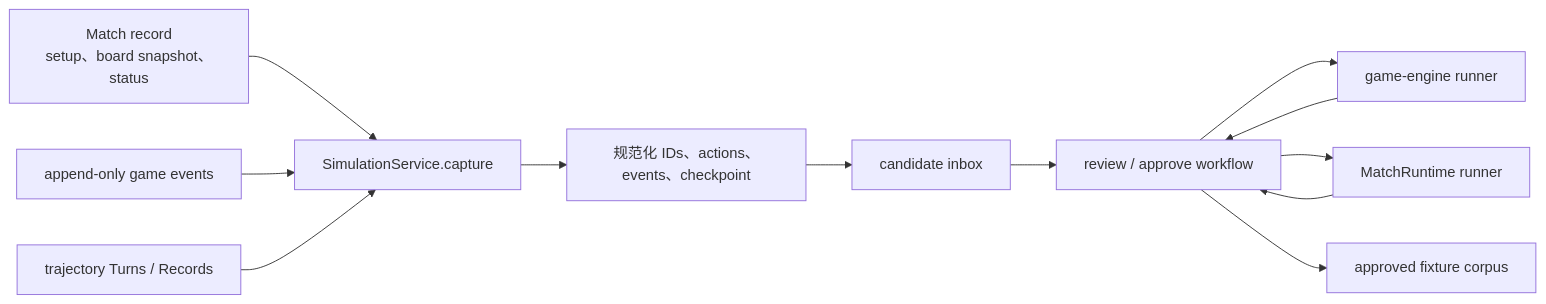
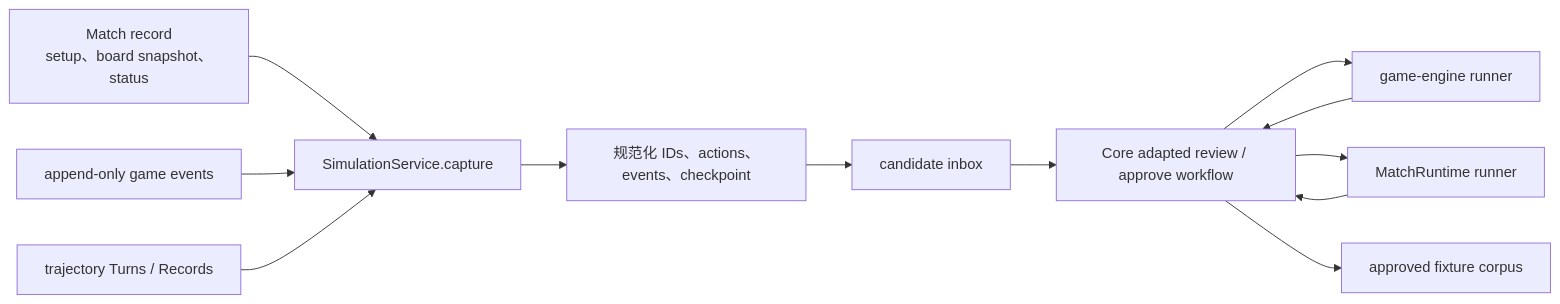
Before and after one commit to renewboy/agentwolf: the first of 3 diagrams in docs/architecture/simulation.md, drawn with Mermaid. The commit also changed other lines of this file and 37 other files, not shown here.

````diff
--- a/docs/architecture/simulation.md
+++ b/docs/architecture/simulation.md
@@ -28,22 +29,22 @@
 ```mermaid
 flowchart LR
     Match["Match record<br/>setup、board snapshot、status"]
     Events["append-only game events"]
     Trajectory["trajectory Turns / Records"]
 
     Capture["SimulationService.capture"]
     Canonical["规范化 IDs、actions、events、checkpoint"]
     Inbox["candidate inbox"]
-    Workflow["review / approve workflow"]
+    Workflow["Core adapted review / approve workflow"]
     EngineRunner["game-engine runner"]
     RuntimeRunner["MatchRuntime runner"]
     Fixture["approved fixture corpus"]
 
     Match --> Capture
     Events --> Capture
     Trajectory --> Capture
     Capture --> Canonical --> Inbox --> Workflow
     Workflow --> EngineRunner --> Workflow
     Workflow --> RuntimeRunner --> Workflow
     Workflow --> Fixture
 ```
````
